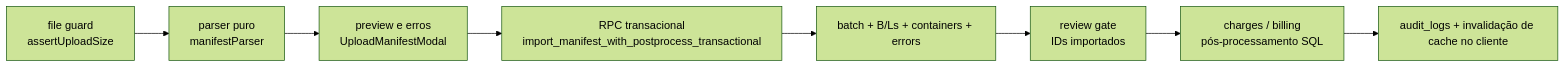
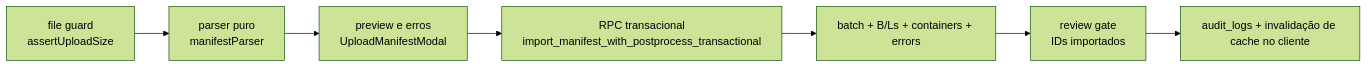
One commit to luccafwlog/transhippingdesk changed the first of 2 diagrams in docs/modules/manifesto-edi.md. Above: the diagram before and after it, drawn with Mermaid (forest theme). The commit also changed other lines of this file and 20 other files, not shown here.

````diff
--- a/docs/modules/manifesto-edi.md
+++ b/docs/modules/manifesto-edi.md
@@ -151,10 +151,9 @@
 ```mermaid
 flowchart LR
     Guard["file guard<br/>assertUploadSize"] --> Parser["parser puro<br/>manifestParser"]
     Parser --> Preview["preview e erros<br/>UploadManifestModal"]
     Preview --> RPC["RPC transacional<br/>import_manifest_with_postprocess_transactional"]
     RPC --> Core["batch + B/Ls + containers + errors"]
     Core --> Gate["review gate<br/>IDs importados"]
-    Gate --> Billing["charges / billing<br/>pós-processamento SQL"]
-    Billing --> Audit["audit_logs + invalidação de cache no cliente"]
+    Gate --> Audit["audit_logs + invalidação de cache no cliente"]
 ```
````
